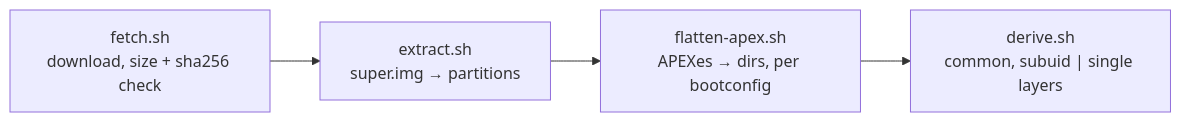
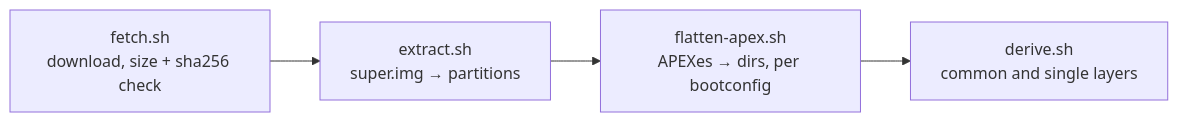
One commit to sargunv/innkeeper changed the diagram in image/README.md. Above: the diagram before and after it, drawn with Mermaid. The commit also changed 79 other files, not shown here.

````diff
--- a/image/README.md
+++ b/image/README.md
@@ -13,6 +13,6 @@
 ```mermaid
 flowchart LR
   fetch["fetch.sh<br/>download, size + sha256 check"] --> extract["extract.sh<br/>super.img → partitions"]
   extract --> flatten["flatten-apex.sh<br/>APEXes → dirs, per bootconfig"]
-  flatten --> derive["derive.sh<br/>common, subuid | single layers"]
+  flatten --> derive["derive.sh<br/>common and single layers"]
 ```
````
